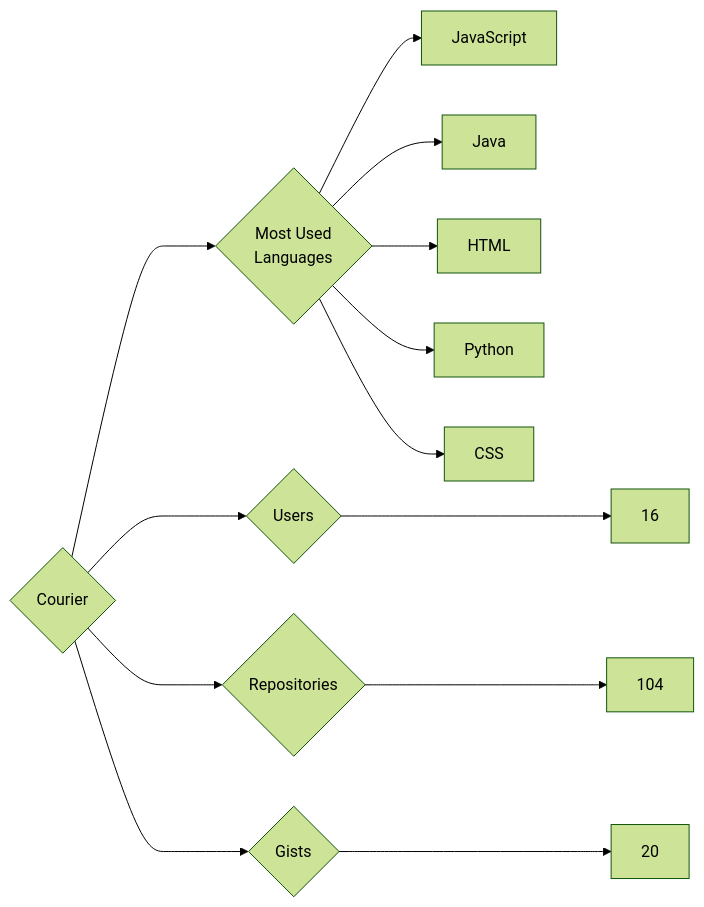
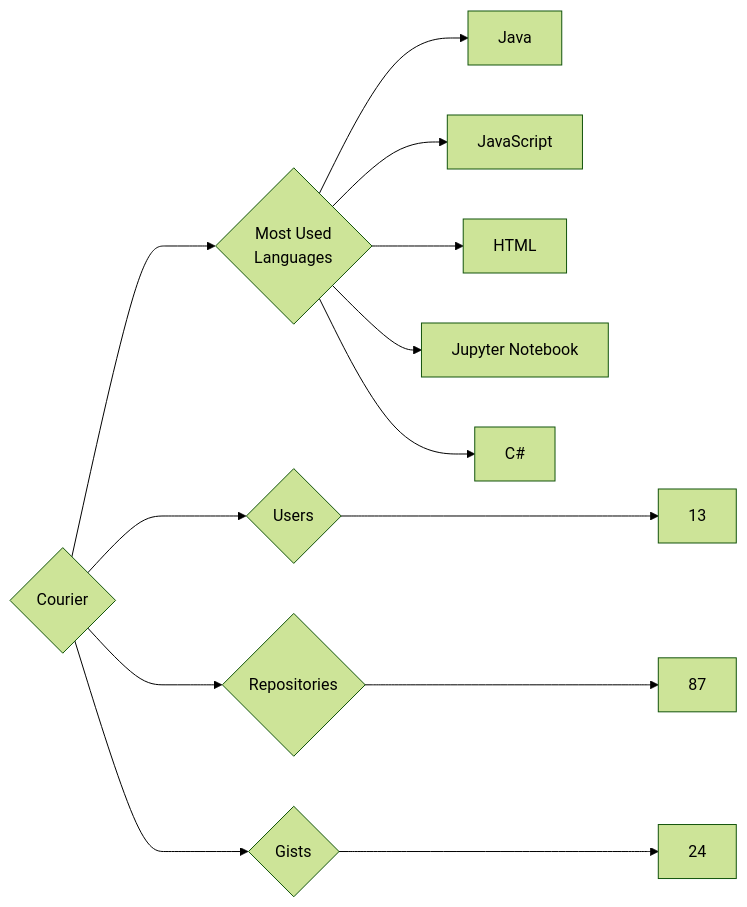
Before and after one commit to trickest/insiders: the diagram in targets/Courier/README.md, drawn with Mermaid (forest theme). The commit also changed 736 other files, not shown here.

````diff
--- a/targets/Courier/README.md
+++ b/targets/Courier/README.md
@@ -3,13 +3,13 @@
 ```mermaid
 graph LR
 COMPANY_NAME{Courier}
-COMPANY_NAME ---> U{Users} ---> UN[16]
-COMPANY_NAME ---> R{Repositories} ---> RN[104]
-COMPANY_NAME ---> G{Gists} ---> GN[20]
+COMPANY_NAME ---> U{Users} ---> UN[13]
+COMPANY_NAME ---> R{Repositories} ---> RN[87]
+COMPANY_NAME ---> G{Gists} ---> GN[24]
 COMPANY_NAME ---> ML{Most Used<br>Languages}
+ML --> Java[Java]
 ML --> JavaScript[JavaScript]
-ML --> Java[Java]
 ML --> HTML[HTML]
-ML --> Python[Python]
-ML --> CSS[CSS]
+ML --> Jupyter_Notebook[Jupyter Notebook]
+ML --> C#[C#]
 ```
````
